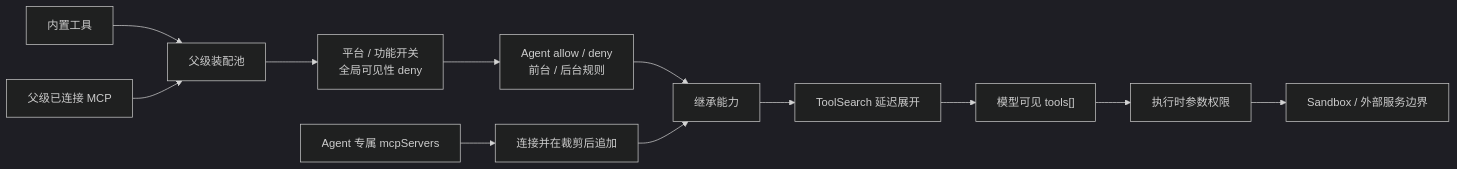
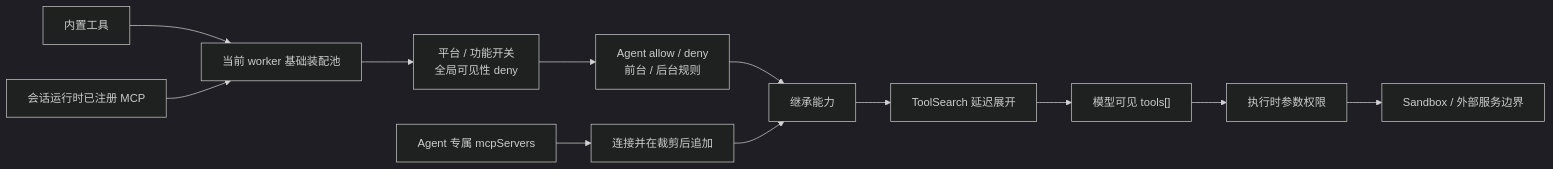
Before and after one commit to day0n/analysis-claude-code: the diagram in book/06-工具能力图.md, drawn with Mermaid (dark theme). The commit also changed other lines of this file and 2 other files, not shown here.

Commit message:
docs: clarify worker context and tool ownership

````diff
--- a/book/06-工具能力图.md
+++ b/book/06-工具能力图.md
@@ -9,14 +9,14 @@
 ```mermaid
 flowchart LR
-    A["内置工具"] --> P["父级装配池"]
-    B["父级已连接 MCP"] --> P
+    A["内置工具"] --> P["当前 worker 基础装配池"]
+    B["会话运行时已注册 MCP"] --> P
     P --> F1["平台 / 功能开关<br/>全局可见性 deny"]
     F1 --> F2["Agent allow / deny<br/>前台 / 后台规则"]
     F2 --> H["继承能力"]
     C["Agent 专属 mcpServers"] --> D["连接并在裁剪后追加"]
     D --> H
     H --> F3["ToolSearch 延迟展开"]
     F3 --> V["模型可见 tools[]"]
     V --> X["执行时参数权限"]
     X --> Z["Sandbox / 外部服务边界"]
 ```
````
